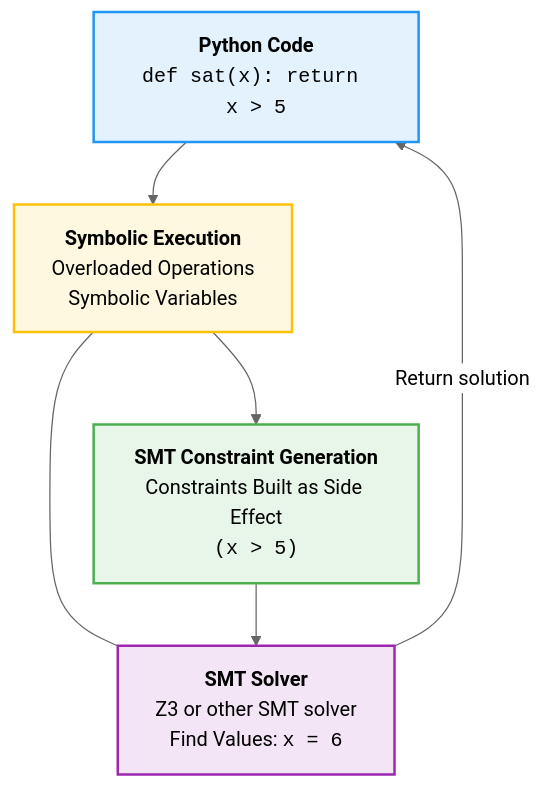
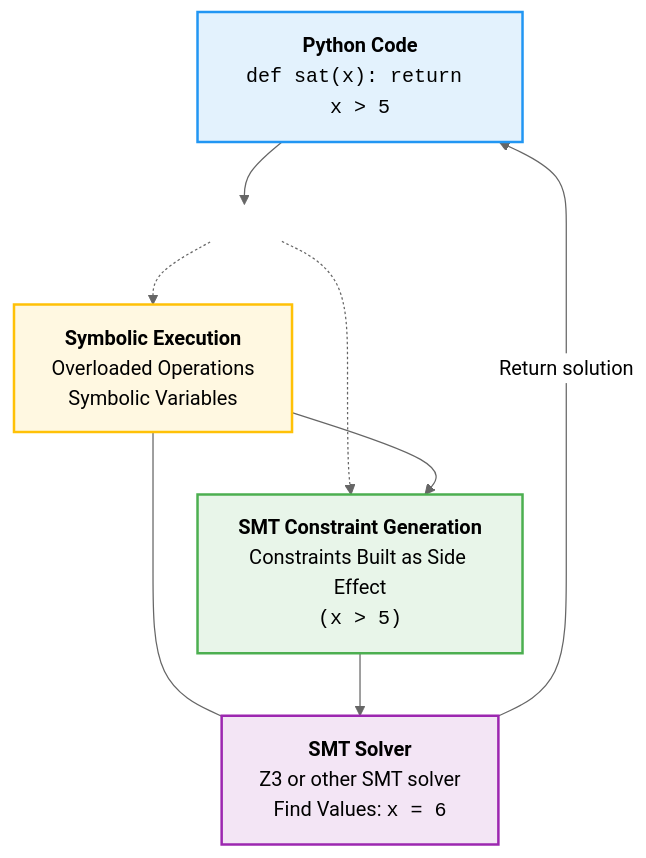
One commit to namin/holey changed the diagram in diagram_staging_SMT.md. Above: the diagram before and after it, drawn with Mermaid (neutral theme).

Commit message:
Update diagram_staging_SMT.md (another Perplexity attempt)

````diff
--- a/diagram_staging_SMT.md
+++ b/diagram_staging_SMT.md
@@ -3,21 +3,29 @@
 ```mermaid
 flowchart TB
-    PythonCode["<b>Python Code</b><br><tt>def sat(x): return x > 5</tt>"] --> SymbolicExecution
-    
-    SymbolicExecution["<b>Symbolic Execution</b><br>Overloaded Operations<br>Symbolic Variables"] --> SMTGeneration
+    PythonCode["<b>Python Code</b><br><tt>def sat(x): return x > 5</tt>"]
+    SymbolicExecution["<b>Symbolic Execution</b><br>Overloaded Operations<br>Symbolic Variables"]
+    SMTGeneration["<b>SMT Constraint Generation</b><br>Constraints Built as Side Effect<br><tt>(x > 5)</tt>"]
+    SMTSolver["<b>SMT Solver</b><br>Z3 or other SMT solver<br>Find Values: <tt>x = 6</tt>"]
+
+    PythonCode --> Dummy
+    Dummy -.->| | SymbolicExecution
+    Dummy -.->| | SMTGeneration
+    SymbolicExecution --> SMTGeneration
     SymbolicExecution --- SMTSolver
-    
-    SMTGeneration["<b>SMT Constraint Generation</b><br>Constraints Built as Side Effect<br><tt>(x > 5)</tt>"] --> SMTSolver
-    
-    SMTSolver["<b>SMT Solver</b><br>Z3 or other SMT solver<br>Find Values: <tt>x = 6</tt>"] --> |Return solution| PythonCode
-    
+    SMTGeneration --> SMTSolver
+    SMTSolver -->|Return solution| PythonCode
+
     classDef python fill:#e3f2fd,stroke:#2196f3,stroke-width:2px,color:black;
     classDef execution fill:#fff8e1,stroke:#ffc107,stroke-width:2px,color:black;
     classDef generation fill:#e8f5e9,stroke:#4caf50,stroke-width:2px,color:black;
     classDef solver fill:#f3e5f5,stroke:#9c27b0,stroke-width:2px,color:black;
-    
+
     class PythonCode python;
     class SymbolicExecution execution;
     class SMTGeneration generation;
     class SMTSolver solver;
+
+    %% Hide the dummy node
+    Dummy[ ]:::hidden
+    classDef hidden fill:none,stroke:none;
 ```
````
